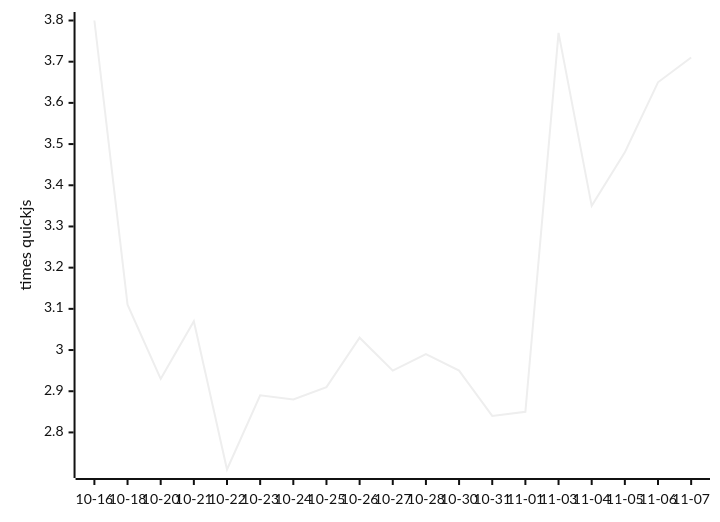
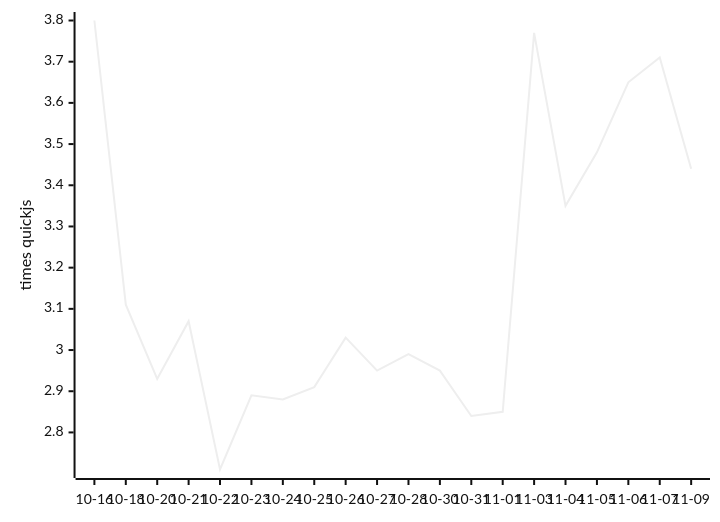
The diagram in README.md (mozzius/kahvi), drawn with Mermaid (neutral theme) before and after one commit. The commit also changed other lines of this file and 1 other file, not shown here.

````diff
--- a/README.md
+++ b/README.md
@@ -9,6 +9,6 @@
 ```mermaid
 xychart-beta
-  x-axis ["10-16", "10-18", "10-20", "10-21", "10-22", "10-23", "10-24", "10-25", "10-26", "10-27", "10-28", "10-30", "10-31", "11-01", "11-03", "11-04", "11-05", "11-06", "11-07"]
+  x-axis ["10-16", "10-18", "10-20", "10-21", "10-22", "10-23", "10-24", "10-25", "10-26", "10-27", "10-28", "10-30", "10-31", "11-01", "11-03", "11-04", "11-05", "11-06", "11-07", "11-09"]
   y-axis "times quickjs"
-  line [3.80, 3.11, 2.93, 3.07, 2.71, 2.89, 2.88, 2.91, 3.03, 2.95, 2.99, 2.95, 2.84, 2.85, 3.77, 3.35, 3.48, 3.65, 3.71]
+  line [3.80, 3.11, 2.93, 3.07, 2.71, 2.89, 2.88, 2.91, 3.03, 2.95, 2.99, 2.95, 2.84, 2.85, 3.77, 3.35, 3.48, 3.65, 3.71, 3.44]
 ```
````
